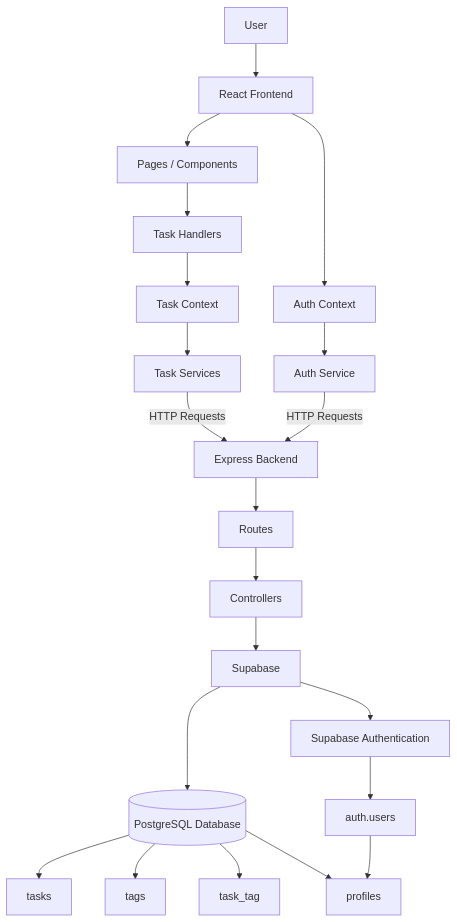
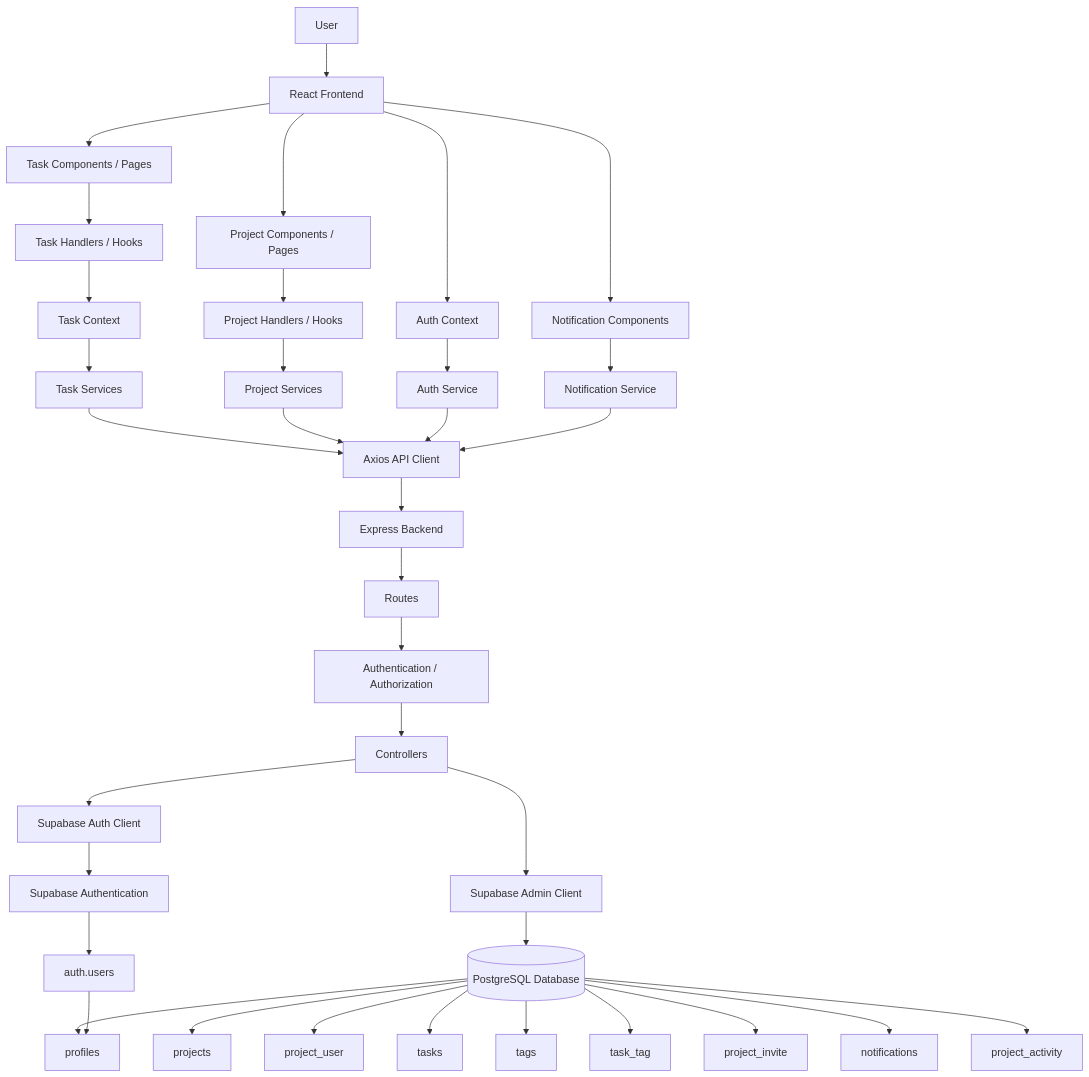
One commit to cjtarre/cmsc128-Lab1_CRUD_Sumergido-Tarre changed the diagram in README.md. Above: the diagram before and after it, drawn with Mermaid. The commit also changed other lines of this file and 2 other files, not shown here.

Commit message:
docs: update collaboration documentation and ERD

````diff
--- a/README.md
+++ b/README.md
@@ -102,37 +155,54 @@
 ```mermaid
 flowchart TD
-    A[User] --> B[React Frontend]
+    U[User] --> F[React Frontend]
 
-    %% Task flow
-    B --> C[Pages / Components]
-    C --> D[Task Handlers]
-    D --> E[Task Context]
-    E --> F[Task Services]
+    %% Frontend feature flows
+    F --> TC[Task Components / Pages]
+    TC --> TH[Task Handlers / Hooks]
+    TH --> TCTX[Task Context]
+    TCTX --> TS[Task Services]
 
-    %% Authentication flow
-    B --> G[Auth Context]
-    G --> H[Auth Service]
+    F --> PC[Project Components / Pages]
+    PC --> PH[Project Handlers / Hooks]
+    PH --> PS[Project Services]
+
+    F --> AC[Auth Context]
+    AC --> AS[Auth Service]
+
+    F --> NC[Notification Components]
+    NC --> NS[Notification Service]
+
+    %% Shared API communication
+    TS --> API[Axios API Client]
+    PS --> API
+    AS --> API
+    NS --> API
 
     %% Backend
-    F -->|HTTP Requests| I[Express Backend]
-    H -->|HTTP Requests| I
+    API --> E[Express Backend]
+    E --> R[Routes]
+    R --> AUTHZ[Authentication / Authorization]
+    AUTHZ --> C[Controllers]
 
-    I --> J[Routes]
-    J --> K[Controllers]
+    %% Supabase clients
+    C --> SA[Supabase Admin Client]
+    C --> SC[Supabase Auth Client]
 
-    %% Supabase services
-    K --> L[Supabase]
-
-    L --> M[(PostgreSQL Database)]
-    L --> N[Supabase Authentication]
+    SA --> DB[(PostgreSQL Database)]
+    SC --> AUTH[Supabase Authentication]
 
     %% Application data
-    M --> O[tasks]
-    M --> P[tags]
-    M --> Q[task_tag]
-    M --> R[profiles]
+    DB --> PROFILES[profiles]
+    DB --> PROJECTS[projects]
+    DB --> MEMBERS[project_user]
+    DB --> TASKS[tasks]
+    DB --> TAGS[tags]
+    DB --> TASKTAG[task_tag]
+    DB --> INVITES[project_invite]
+    DB --> NOTIFS[notifications]
+    DB --> ACTIVITY[project_activity]
 
-    %% Auth identity
-    N --> S[auth.users]
-    S --> R
+    %% Authentication identity
+    AUTH --> USERS[auth.users]
+    USERS --> PROFILES
 ```
````
